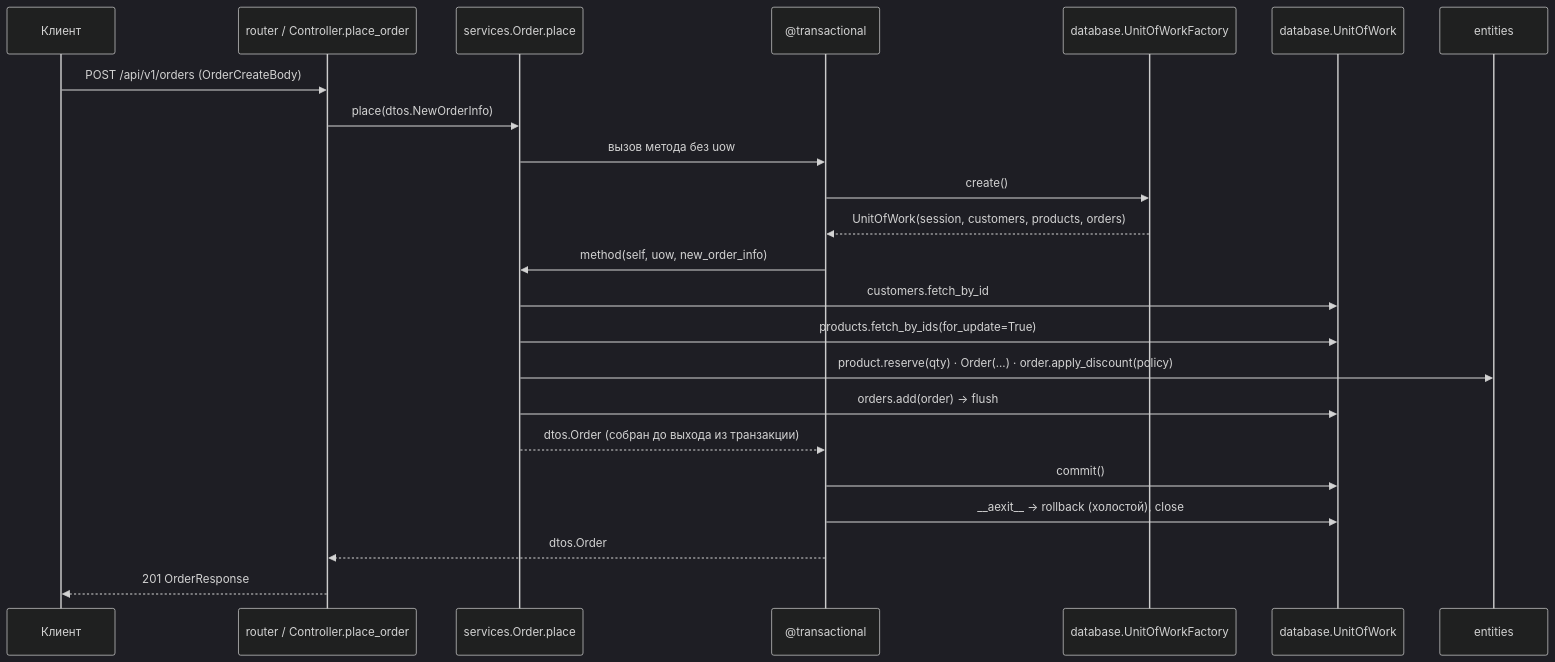
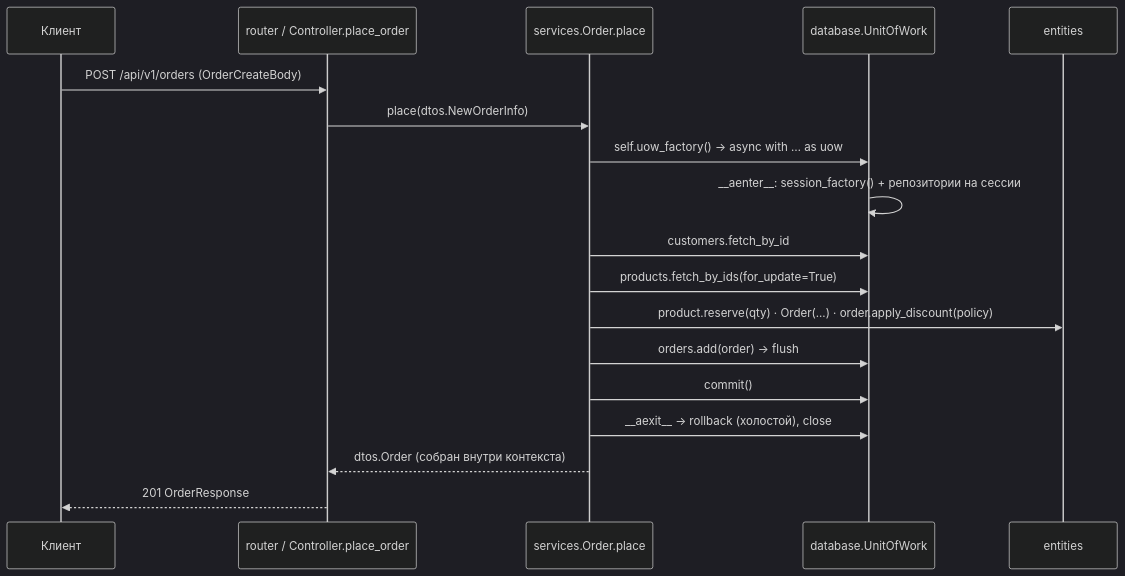
Before and after one commit to CHoNChmonich/example: the second of 3 diagrams in README.md, drawn with Mermaid (dark theme). The commit also changed other lines of this file and 19 other files, not shown here.

````diff
--- a/README.md
+++ b/README.md
@@ -152,25 +150,20 @@
 ```mermaid
 sequenceDiagram
     participant C as Клиент
     participant R as router / Controller.place_order
     participant S as services.Order.place
-    participant T as @transactional
-    participant F as database.UnitOfWorkFactory
     participant U as database.UnitOfWork
     participant E as entities
     C->>R: POST /api/v1/orders (OrderCreateBody)
     R->>S: place(dtos.NewOrderInfo)
-    S->>T: вызов метода без uow
-    T->>F: create()
-    F-->>T: UnitOfWork(session, customers, products, orders)
-    T->>S: method(self, uow, new_order_info)
+    S->>U: self.uow_factory() → async with … as uow
+    U->>U: __aenter__: session_factory() + репозитории на сессии
     S->>U: customers.fetch_by_id
     S->>U: products.fetch_by_ids(for_update=True)
     S->>E: product.reserve(qty) · Order(...) · order.apply_discount(policy)
     S->>U: orders.add(order) → flush
-    S-->>T: dtos.Order (собран до выхода из транзакции)
-    T->>U: commit()
-    T->>U: __aexit__ → rollback (холостой), close
-    T-->>R: dtos.Order
+    S->>U: commit()
+    S->>U: __aexit__ → rollback (холостой), close
+    S-->>R: dtos.Order (собран внутри контекста)
     R-->>C: 201 OrderResponse
 ```
````
